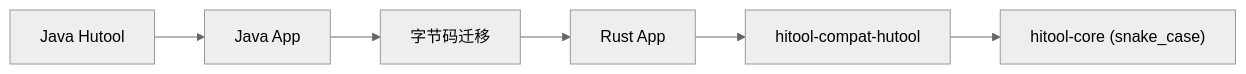
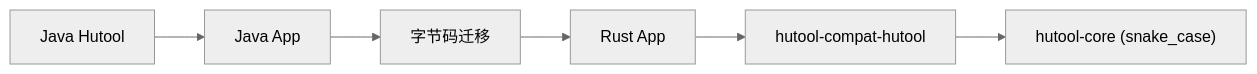
Before and after one commit to hiwepy/hitool-rs: the third of 3 diagrams in docs/architecture.zh_CN.md, drawn with Mermaid (neutral theme). The commit also changed other lines of this file and 1656 other files, not shown here.

First line of the commit message:
refactor: rename hitool-rs → hutool-rust

````diff
--- a/docs/architecture.zh_CN.md
+++ b/docs/architecture.zh_CN.md
@@ -669,8 +669,8 @@
 ```mermaid
 flowchart LR
     JavaHutool["Java Hutool"] --> JavaApp["Java App"]
     JavaApp --> Bytecode["字节码迁移"]
     Bytecode --> RustApp["Rust App"]
-    RustApp --> hitoolCompat["hitool-compat-hutool"]
-    hitoolCompat --> hitoolCore["hitool-core (snake_case)"]
+    RustApp --> hutoolCompat["hutool-compat-hutool"]
+    hutoolCompat --> hutoolCore["hutool-core (snake_case)"]
 ```
````
